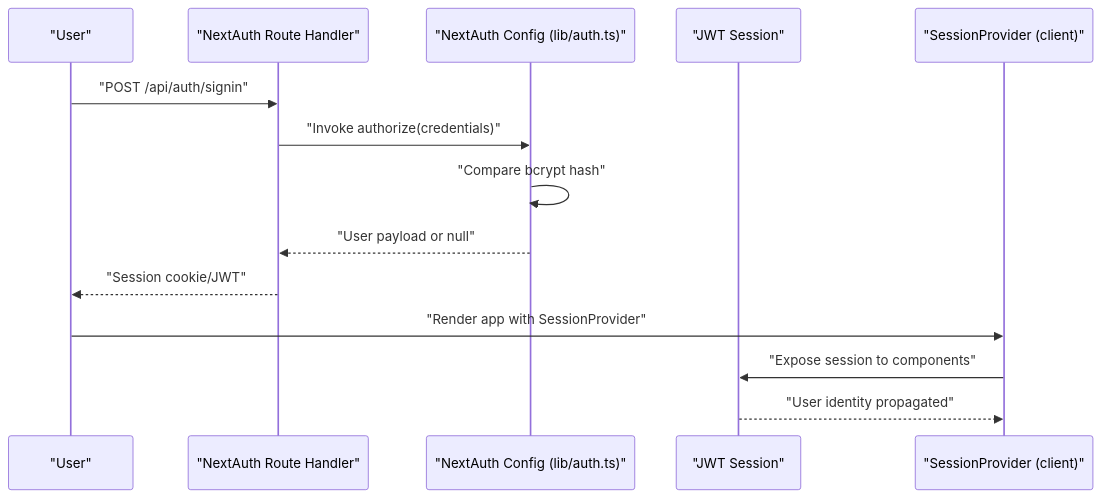
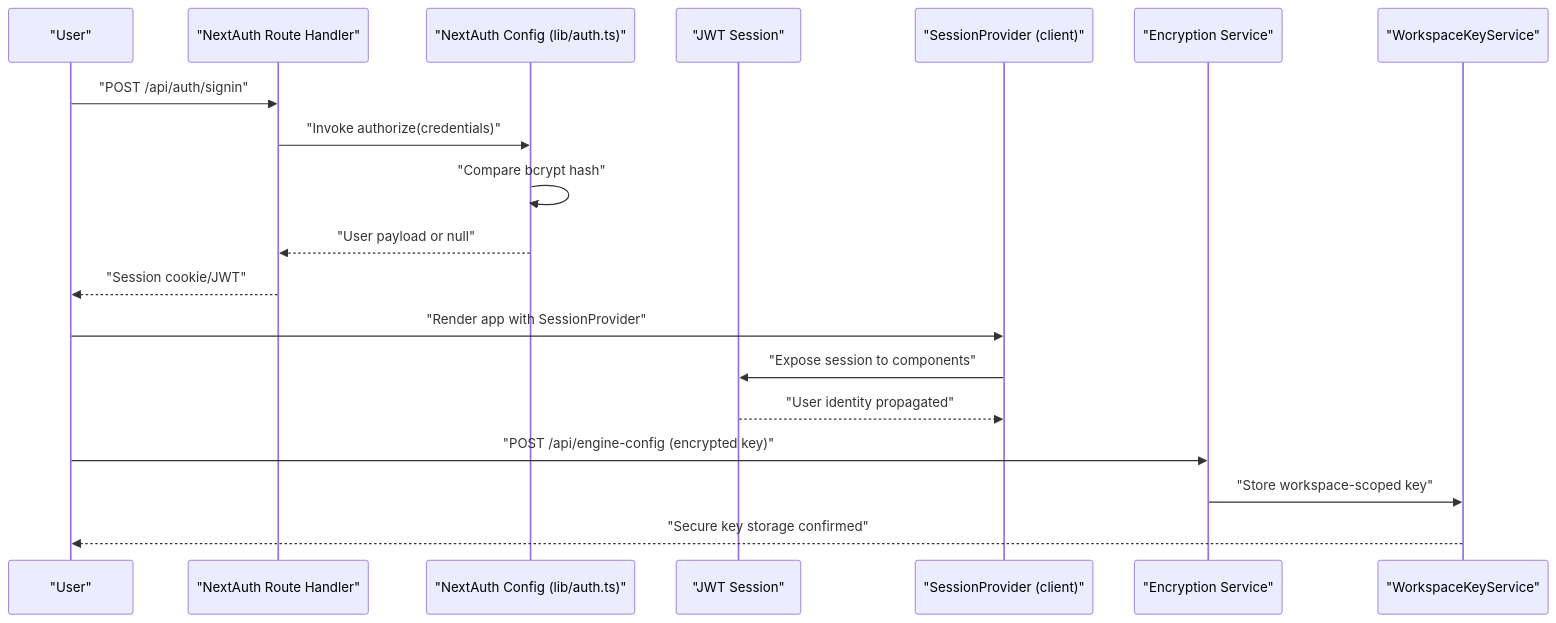
Before and after one commit to shekhargiri005-dotcom/AI-powered-accessibility-first-UI-engine: the second of 11 diagrams in .qoder/repowiki/en/content/Security & Privacy/Security & Privacy.md, drawn with Mermaid. The commit also changed other lines of this file and 10 other files, not shown here.

````diff
--- a/.qoder/repowiki/en/content/Security & Privacy/Security & Privacy.md
+++ b/.qoder/repowiki/en/content/Security & Privacy/Security & Privacy.md
@@ -92,16 +152,21 @@
 ```mermaid
 sequenceDiagram
 participant U as "User"
 participant R as "NextAuth Route Handler"
 participant A as "NextAuth Config (lib/auth.ts)"
 participant S as "JWT Session"
 participant P as "SessionProvider (client)"
+participant EC as "Encryption Service"
+participant WKS as "WorkspaceKeyService"
 U->>R : "POST /api/auth/signin"
 R->>A : "Invoke authorize(credentials)"
 A->>A : "Compare bcrypt hash"
 A-->>R : "User payload or null"
 R-->>U : "Session cookie/JWT"
 U->>P : "Render app with SessionProvider"
 P->>S : "Expose session to components"
 S-->>P : "User identity propagated"
+U->>EC : "POST /api/engine-config (encrypted key)"
+EC->>WKS : "Store workspace-scoped key"
+WKS-->>U : "Secure key storage confirmed"
 ```
````
